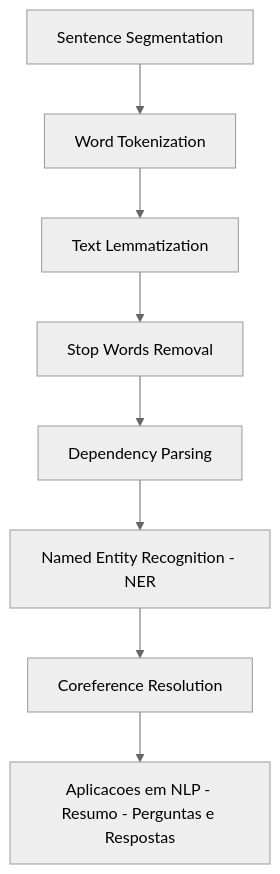
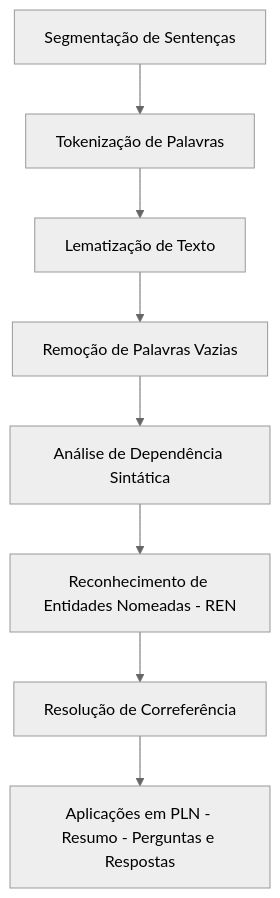
Before and after one commit to monteiro74/aulas_2025_1: the third of 3 diagrams in Intro_eng_de_dados/plano_de_aula_eng_dados.md, drawn with Mermaid (neutral theme). The commit also changed other lines of this file, not shown here.

````diff
--- a/Intro_eng_de_dados/plano_de_aula_eng_dados.md
+++ b/Intro_eng_de_dados/plano_de_aula_eng_dados.md
@@ -436,13 +438,12 @@
 ```mermaid
 
 flowchart TD
-    A[Sentence Segmentation] --> B[Word Tokenization]
-    B --> C[Text Lemmatization]
-    C --> D[Stop Words Removal]
-    D --> E[Dependency Parsing]
-    E --> F[Named Entity Recognition - NER]
-    F --> G[Coreference Resolution]
-    G --> H[Aplicacoes em NLP - Resumo - Perguntas e Respostas]
-
+    A[Segmentação de Sentenças] --> B[Tokenização de Palavras]
+    B --> C[Lematização de Texto]
+    C --> D[Remoção de Palavras Vazias]
+    D --> E[Análise de Dependência Sintática]
+    E --> F[Reconhecimento de Entidades Nomeadas - REN]
+    F --> G[Resolução de Correferência]
+    G --> H[Aplicações em PLN - Resumo - Perguntas e Respostas]
 
 ```
````
